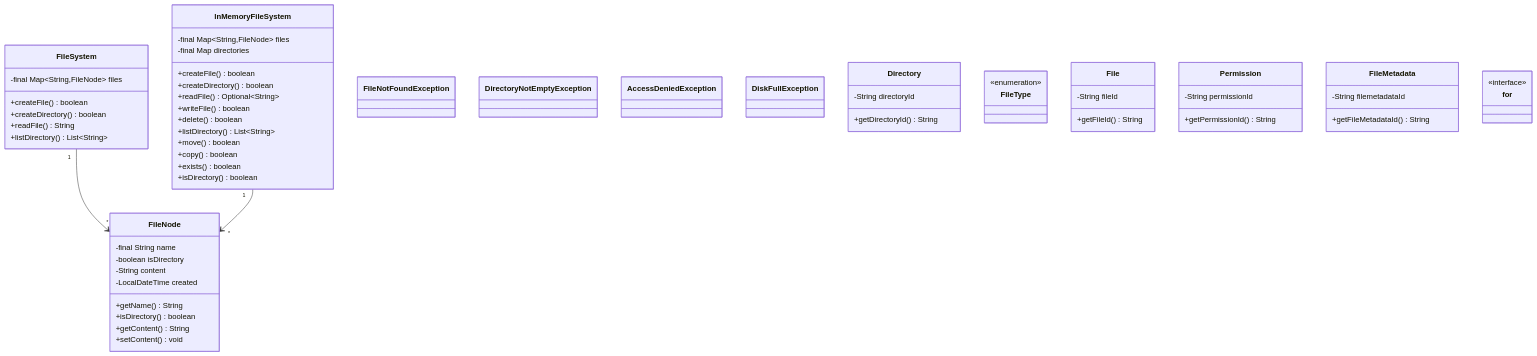
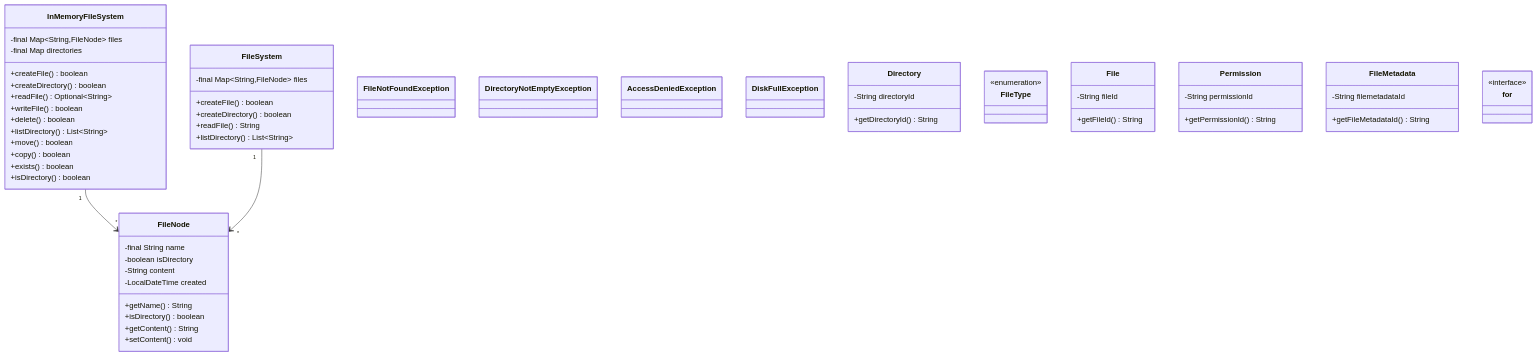
One commit to dlkr18/lld-playbook changed the diagram in docs/problems/filesystem/README.md. Above: the diagram before and after it, drawn with Mermaid. The commit also changed other lines of this file and 113 other files, not shown here.

````diff
--- a/docs/problems/filesystem/README.md
+++ b/docs/problems/filesystem/README.md
@@ -112,78 +112,78 @@
 ```mermaid
 classDiagram
 
     class FileSystem {
         -final Map~String,FileNode~ files
         +createFile() boolean
         +createDirectory() boolean
         +readFile() String
         +listDirectory() List~String~
     }
 
     class FileNode {
         -final String name
         -boolean isDirectory
         -String content
         -LocalDateTime created
         +getName() String
         +isDirectory() boolean
         +getContent() String
         +setContent() void
     }
 
     class InMemoryFileSystem {
         -final Map~String,FileNode~ files
         -final Map<String, Set~String~> directories
         +createFile() boolean
         +createDirectory() boolean
         +readFile() Optional~String~
         +writeFile() boolean
         +delete() boolean
         +listDirectory() List~String~
         +move() boolean
         +copy() boolean
         +exists() boolean
         +isDirectory() boolean
     }
 
     class FileNotFoundException {
     }
 
     class DirectoryNotEmptyException {
     }
 
     class AccessDeniedException {
     }
 
     class DiskFullException {
     }
 
     class Directory {
         -String directoryId
         +getDirectoryId() String
     }
 
     class FileType
     <<enumeration>> FileType
 
     class File {
         -String fileId
         +getFileId() String
     }
 
     class Permission {
         -String permissionId
         +getPermissionId() String
     }
 
     class FileMetadata {
         -String filemetadataId
         +getFileMetadataId() String
     }
 
     class for
     <<interface>> for
 
+    InMemoryFileSystem "1" --> "*" FileNode
     FileSystem "1" --> "*" FileNode
-    InMemoryFileSystem "1" --> "*" FileNode
 ```
````
